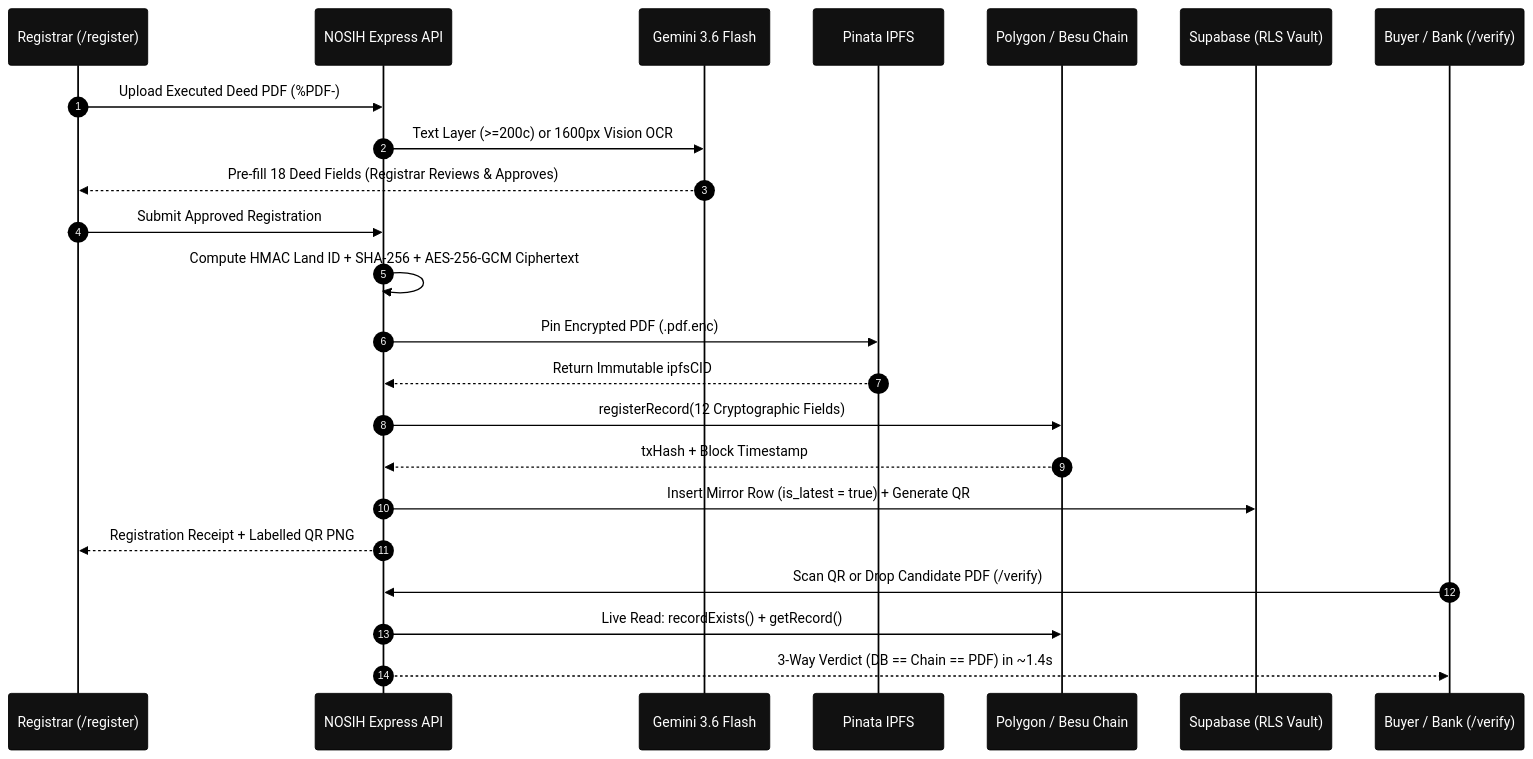
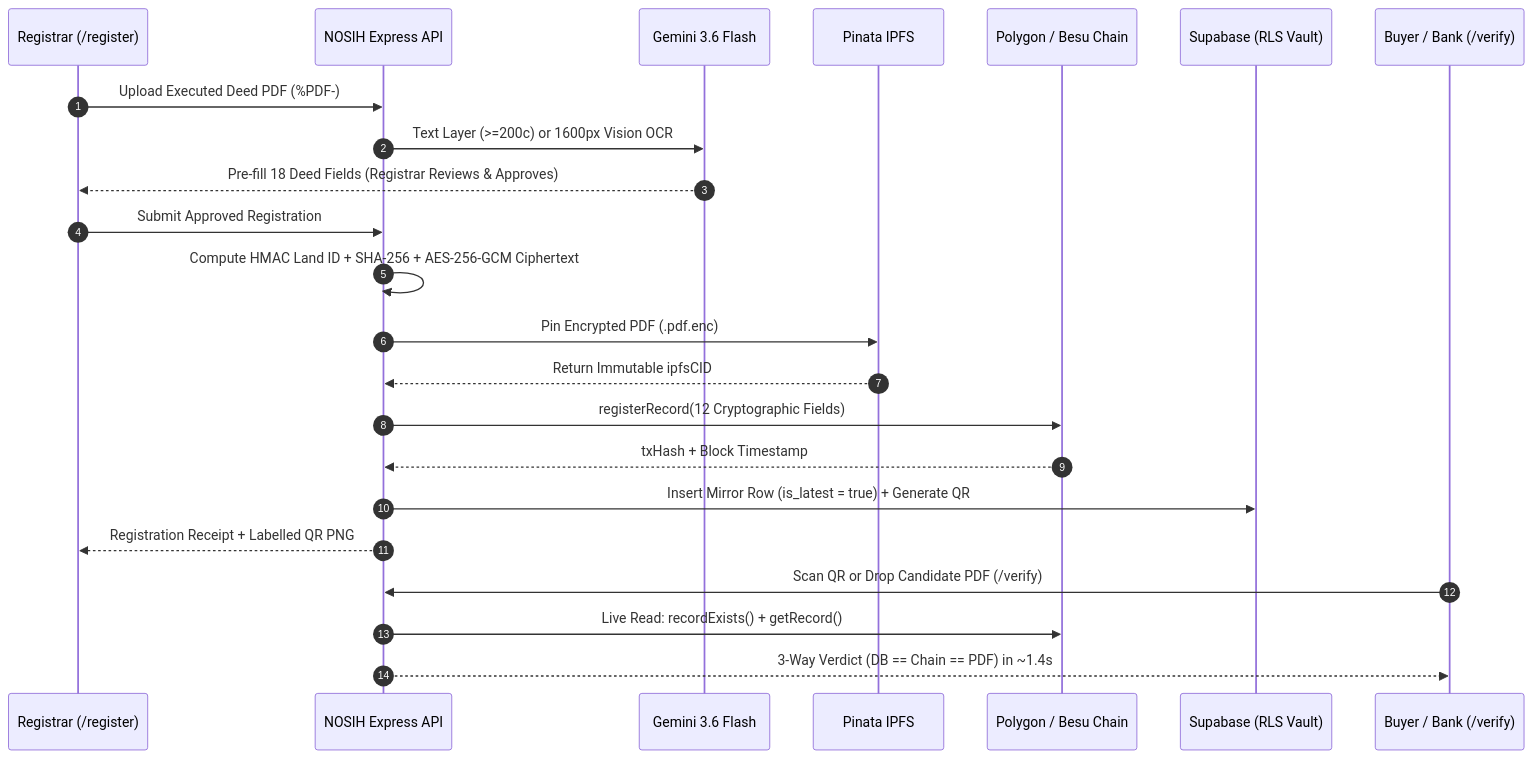
One commit to rmn2178/NOSIH-secure changed the fourth of 8 diagrams in README.md. Above: the diagram before and after it, drawn with Mermaid. The commit also changed other lines of this file, not shown here.

First line of the commit message:
docs(readme): rework mermaid diagrams for theme-adaptive clarity

````diff
--- a/README.md
+++ b/README.md
@@ -176,27 +166,26 @@
 ```mermaid
-%%{init: {'theme': 'base', 'themeVariables': { 'actorBkg': '#111111', 'actorTextColor': '#ffffff', 'actorBorder': '#000000', 'signalColor': '#000000', 'signalTextColor': '#000000'}}}%%
 sequenceDiagram
     autonumber
     participant R as Registrar (/register)
     participant API as NOSIH Express API
     participant AI as Gemini 3.6 Flash
     participant IPFS as Pinata IPFS
     participant CH as Polygon / Besu Chain
     participant DB as Supabase (RLS Vault)
     participant V as Buyer / Bank (/verify)
 
     R->>API: Upload Executed Deed PDF (%PDF-)
     API->>AI: Text Layer (>=200c) or 1600px Vision OCR
     AI-->>R: Pre-fill 18 Deed Fields (Registrar Reviews & Approves)
     R->>API: Submit Approved Registration
     API->>API: Compute HMAC Land ID + SHA-256 + AES-256-GCM Ciphertext
     API->>IPFS: Pin Encrypted PDF (.pdf.enc)
     IPFS-->>API: Return Immutable ipfsCID
     API->>CH: registerRecord(12 Cryptographic Fields)
     CH-->>API: txHash + Block Timestamp
     API->>DB: Insert Mirror Row (is_latest = true) + Generate QR
     API-->>R: Registration Receipt + Labelled QR PNG
     V->>API: Scan QR or Drop Candidate PDF (/verify)
     API->>CH: Live Read: recordExists() + getRecord()
     API-->>V: 3-Way Verdict (DB == Chain == PDF) in ~1.4s
 ```
````
